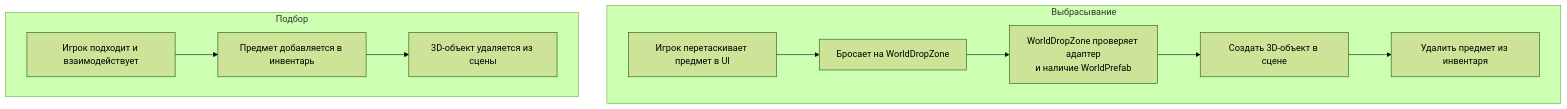
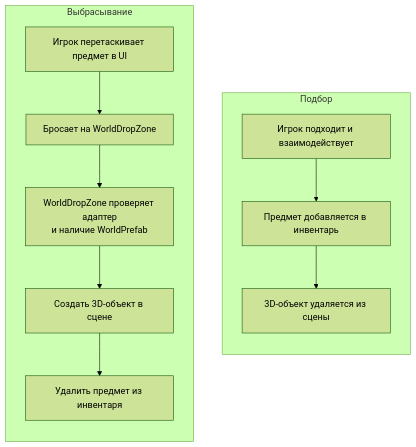
One commit to SergeevSergey99/DragAndDropSystem-Docs changed the second of 2 diagrams in .docs/content/systems/world-3d.ru.md. Above: the diagram before and after it, drawn with Mermaid (forest theme). The commit also changed other lines of this file and 1 other file, not shown here.

Commit message:
правки

````diff
--- a/.docs/content/systems/world-3d.ru.md
+++ b/.docs/content/systems/world-3d.ru.md
@@ -71,14 +72,16 @@
 ```mermaid
-flowchart TD
+flowchart LR
     subgraph Drop["Выбрасывание"]
         A["Игрок перетаскивает предмет в UI"] --> B["Бросает на WorldDropZone"]
         B --> C["WorldDropZone проверяет адаптер\nи наличие WorldPrefab"]
         C --> D["Создать 3D-объект в сцене"]
         D --> E["Удалить предмет из инвентаря"]
     end
 
     subgraph Pickup["Подбор"]
         F["Игрок подходит и взаимодействует"] --> G["Предмет добавляется в инвентарь"]
         G --> H["3D-объект удаляется из сцены"]
     end
+    
+    Drop ~~~ Pickup
 ```
````
